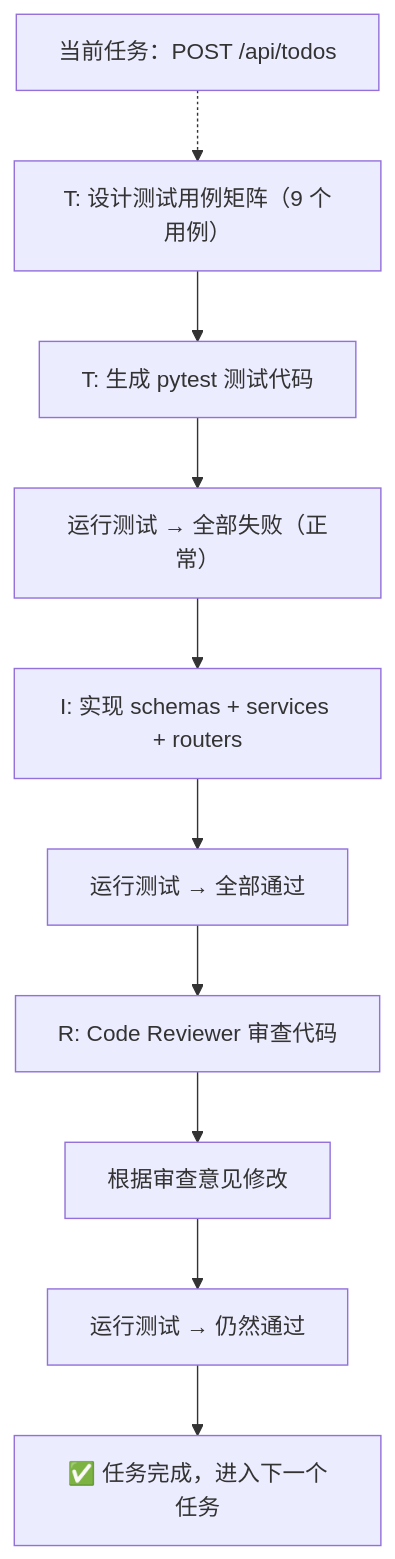
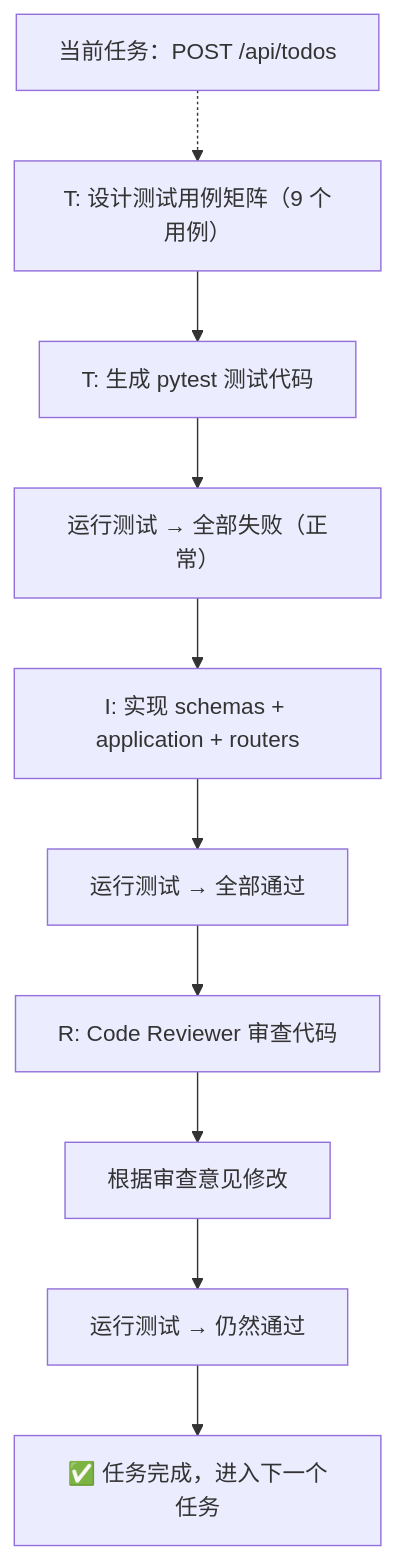
The second of 2 diagrams in content/06-D-开发实现-STIR.md (mgeer/master_ai_programming), drawn with Mermaid before and after one commit. The commit also changed other lines of this file and 2 other files, not shown here.

````diff
--- a/content/06-D-开发实现-STIR.md
+++ b/content/06-D-开发实现-STIR.md
@@ -500,12 +500,12 @@
 ```mermaid
 graph TD
     S["当前任务：POST /api/todos"] -.-> T1["T: 设计测试用例矩阵（9 个用例）"]
     T1 --> T2["T: 生成 pytest 测试代码"]
     T2 --> T3["运行测试 → 全部失败（正常）"]
-    T3 --> I1["I: 实现 schemas + services + routers"]
+    T3 --> I1["I: 实现 schemas + application + routers"]
     I1 --> I2["运行测试 → 全部通过"]
     I2 --> R1["R: Code Reviewer 审查代码"]
     R1 --> R2["根据审查意见修改"]
     R2 --> R3["运行测试 → 仍然通过"]
     R3 --> DONE["✅ 任务完成，进入下一个任务"]
 ```
````
